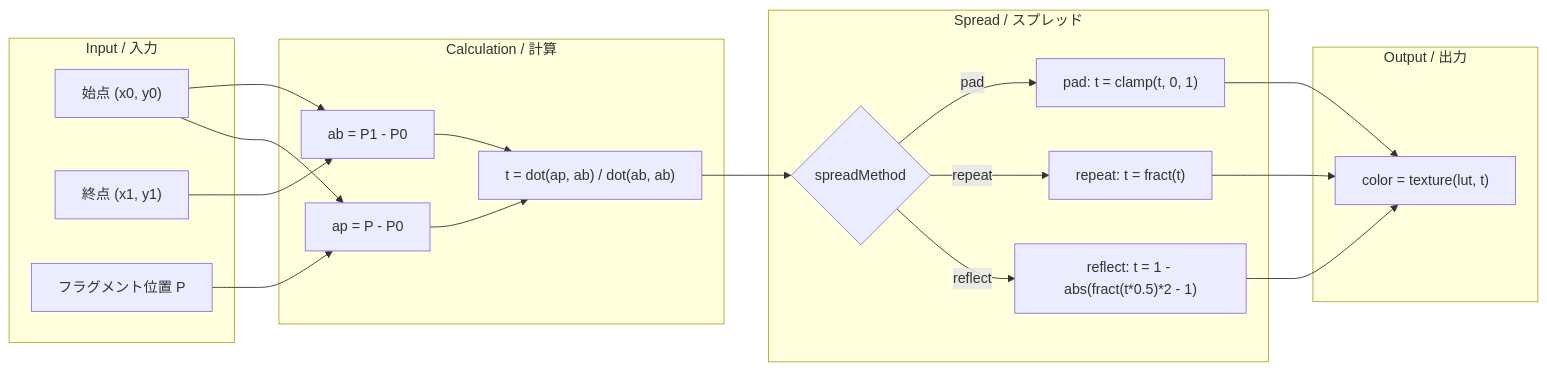
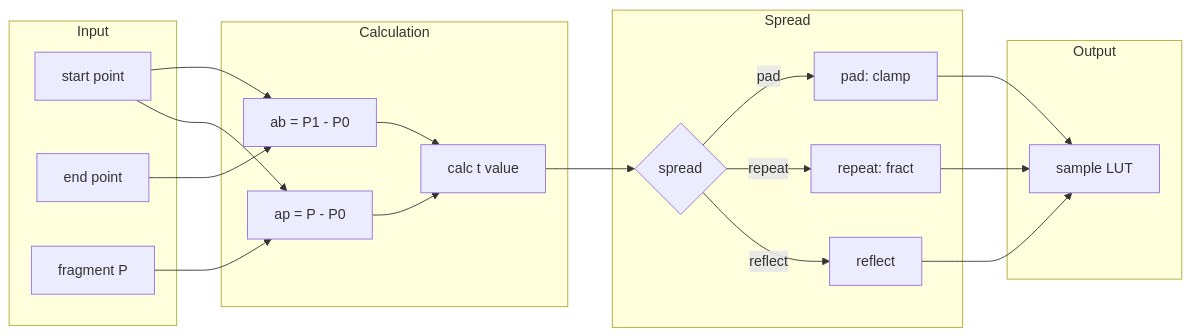
One commit to Next2D/player changed diagram 14 of 37 in packages/webgl/RENDERING_FLOW.md. Above: the diagram before and after it, drawn with Mermaid. The commit also changed other lines of this file, not shown here.

````diff
--- a/packages/webgl/RENDERING_FLOW.md
+++ b/packages/webgl/RENDERING_FLOW.md
@@ -750,41 +755,41 @@
 ```mermaid
 flowchart LR
-    subgraph "Input / 入力"
-        P0["始点 (x0, y0)"]
-        P1["終点 (x1, y1)"]
-        FRAG["フラグメント位置 P"]
+    subgraph "Input"
+        P0[start point]
+        P1[end point]
+        FRAG[fragment P]
     end
 
-    subgraph "Calculation / 計算"
-        AB["ab = P1 - P0"]
-        AP["ap = P - P0"]
-        DOT["t = dot(ap, ab) / dot(ab, ab)"]
+    subgraph "Calculation"
+        AB[ab = P1 - P0]
+        AP[ap = P - P0]
+        DOT[calc t value]
     end
 
-    subgraph "Spread / スプレッド"
-        SPREAD_CHECK{spreadMethod}
-        PAD["pad: t = clamp(t, 0, 1)"]
-        REPEAT["repeat: t = fract(t)"]
-        REFLECT["reflect: t = 1 - abs(fract(t*0.5)*2 - 1)"]
+    subgraph "Spread"
+        SPREAD_CHECK{spread}
+        PAD[pad: clamp]
+        REPEAT[repeat: fract]
+        REFLECT[reflect]
     end
 
-    subgraph "Output / 出力"
-        SAMPLE["color = texture(lut, t)"]
+    subgraph "Output"
+        SAMPLE[sample LUT]
     end
 
     P0 --> AB
     P1 --> AB
     FRAG --> AP
     P0 --> AP
     AB --> DOT
     AP --> DOT
 
     DOT --> SPREAD_CHECK
     SPREAD_CHECK -->|pad| PAD
     SPREAD_CHECK -->|repeat| REPEAT
     SPREAD_CHECK -->|reflect| REFLECT
 
     PAD --> SAMPLE
     REPEAT --> SAMPLE
     REFLECT --> SAMPLE
 ```
````
